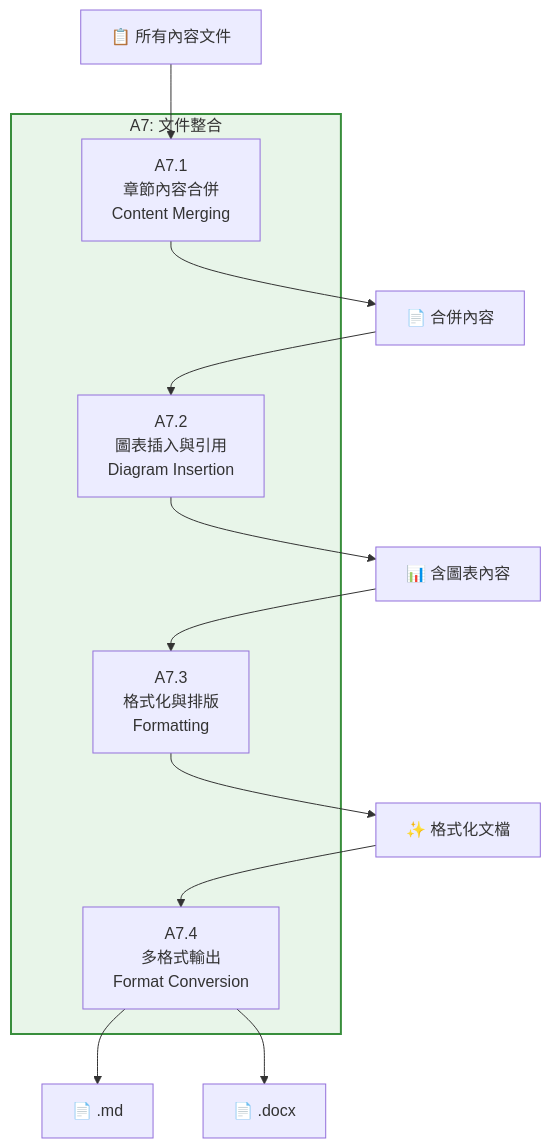
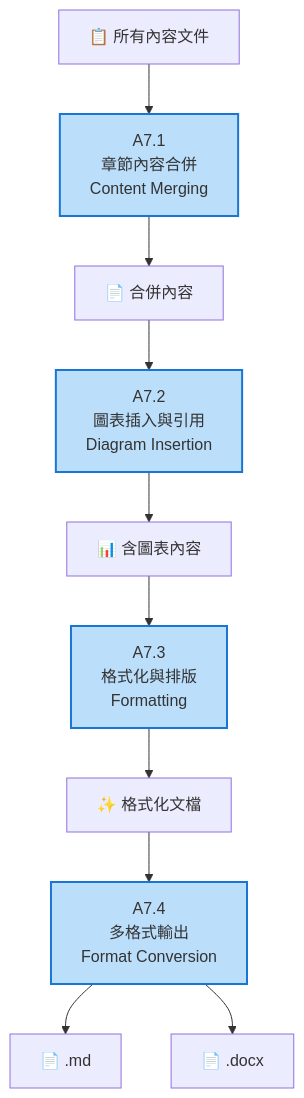
Before and after one commit to Raw1mage/PatentDrafter: the second of 4 diagrams in docs/A7_Document_Merging_IDEF0.md, drawn with Mermaid. The commit also changed other lines of this file and 13 other files, not shown here.

First line of the commit message:
修復所有 Mermaid 圖表語法問題

````diff
--- a/docs/A7_Document_Merging_IDEF0.md
+++ b/docs/A7_Document_Merging_IDEF0.md
@@ -69,24 +60,25 @@
 ```mermaid
-graph TB
-    subgraph A7["A7: 文件整合"]
-        A71["A7.1<br/>章節內容合併<br/>Content Merging"]
-        A72["A7.2<br/>圖表插入與引用<br/>Diagram Insertion"]
-        A73["A7.3<br/>格式化與排版<br/>Formatting"]
-        A74["A7.4<br/>多格式輸出<br/>Format Conversion"]
-    end
+flowchart TB
+    A71["A7.1<br/>章節內容合併<br/>Content Merging"]
+    A72["A7.2<br/>圖表插入與引用<br/>Diagram Insertion"]
+    A73["A7.3<br/>格式化與排版<br/>Formatting"]
+    A74["A7.4<br/>多格式輸出<br/>Format Conversion"]
 
     Input["📋 所有內容文件"] --> A71
     A71 --> Merged["📄 合併內容"]
 
     Merged --> A72
     A72 --> WithDiagrams["📊 含圖表內容"]
 
     WithDiagrams --> A73
     A73 --> Formatted["✨ 格式化文檔"]
 
     Formatted --> A74
     A74 --> MD["📄 .md"]
     A74 --> DOCX["📄 .docx"]
 
-    style A7 fill:#E8F5E9,stroke:#388E3C,stroke-width:2px
+    style A71 fill:#BBDEFB,stroke:#1976D2,stroke-width:2px
+    style A72 fill:#BBDEFB,stroke:#1976D2,stroke-width:2px
+    style A73 fill:#BBDEFB,stroke:#1976D2,stroke-width:2px
+    style A74 fill:#BBDEFB,stroke:#1976D2,stroke-width:2px
 ```
````
